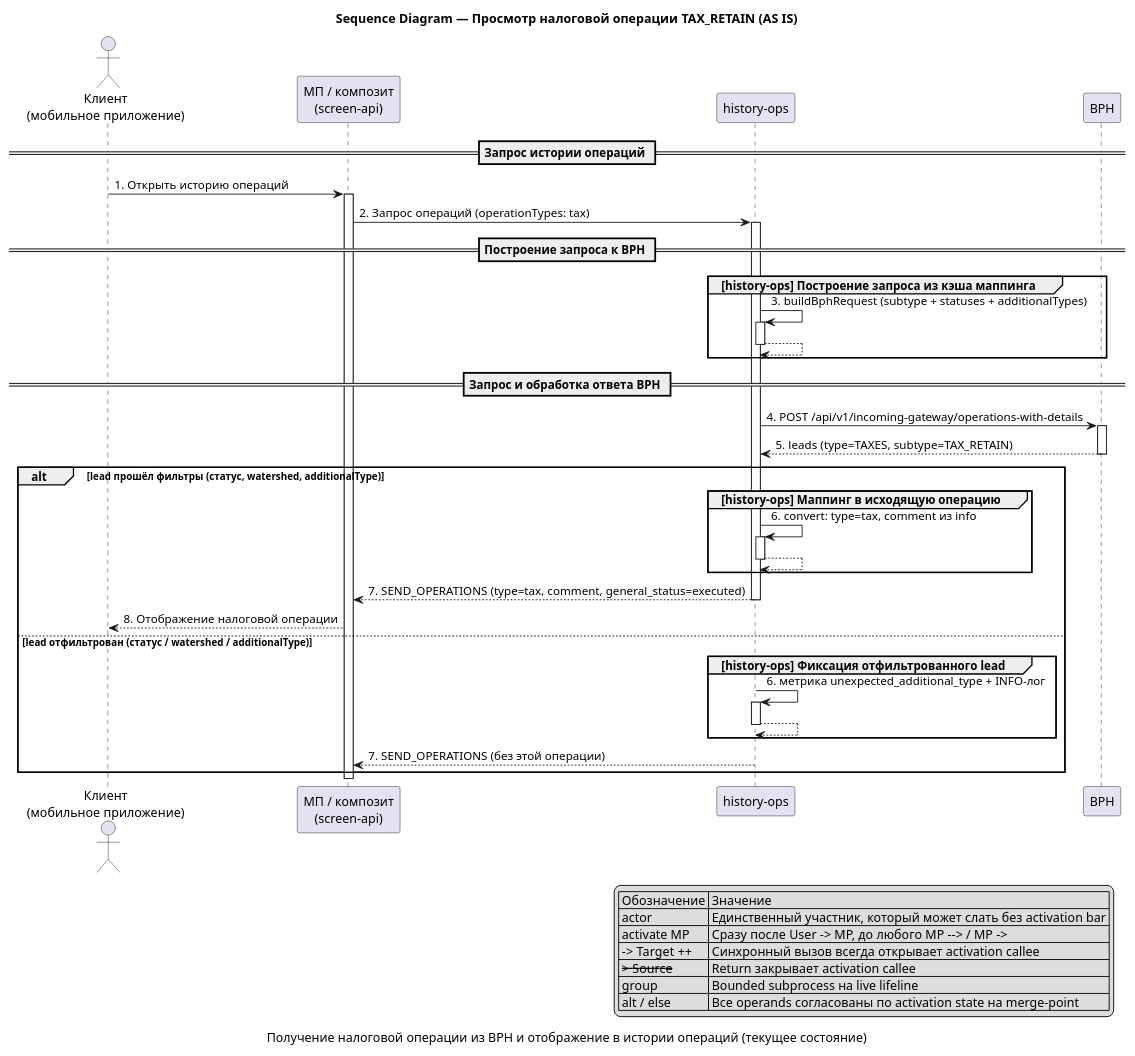
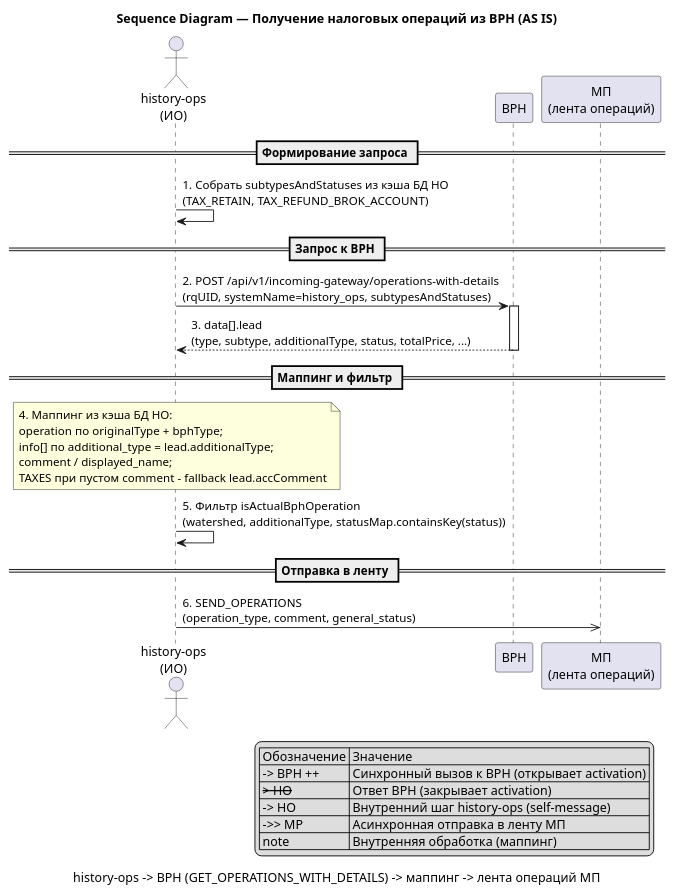
One commit to P4elo-hub/gigacode_analytics changed the first of 3 diagrams in Feature-writing/bph-moex-tax/bph-moex-tax.md. Above: the diagram before and after it, drawn with PlantUML. The commit also changed other lines of this file and 26 other files, not shown here.

````diff
--- a/Feature-writing/bph-moex-tax/bph-moex-tax.md
+++ b/Feature-writing/bph-moex-tax/bph-moex-tax.md
@@ -181,56 +181,43 @@
 ```plantuml
 @startuml
-title Sequence Diagram — Просмотр налоговой операции TAX_RETAIN (AS IS)
-caption Получение налоговой операции из BPH и отображение в истории операций (текущее состояние)
+title Sequence Diagram — Получение налоговых операций из BPH (AS IS)
+caption history-ops -> BPH (GET_OPERATIONS_WITH_DETAILS) -> маппинг -> лента операций МП
 
-actor "Клиент\n(мобильное приложение)" as User
-participant "МП / композит\n(screen-api)" as MP
-participant "history-ops" as HO
+actor "history-ops\n(ИО)" as HO
 participant "BPH" as BPH
+participant "МП\n(лента операций)" as MP
 
-== Запрос истории операций ==
+== Формирование запроса ==
 
-User -> MP: 1. Открыть историю операций
-activate MP
-MP -> HO ++: 2. Запрос операций (operationTypes: tax)
+HO -> HO: 1. Собрать subtypesAndStatuses из кэша БД HO\n(TAX_RETAIN, TAX_REFUND_BROK_ACCOUNT)
 
-== Построение запроса к BPH ==
+== Запрос к BPH ==
 
-group [history-ops] Построение запроса из кэша маппинга
-  HO -> HO ++: 3. buildBphRequest (subtype + statuses + additionalTypes)
-  return
-end
+HO -> BPH ++: 2. POST /api/v1/incoming-gateway/operations-with-details\n(rqUID, systemName=history_ops, subtypesAndStatuses)
+BPH --> HO --: 3. data[].lead\n(type, subtype, additionalType, status, totalPrice, ...)
 
-== Запрос и обработка ответа BPH ==
+== Маппинг и фильтр ==
 
-HO -> BPH ++: 4. POST /api/v1/incoming-gateway/operations-with-details
-BPH --> HO --: 5. leads (type=TAXES, subtype=TAX_RETAIN)
+note over HO
+  4. Маппинг из кэша БД HO:
+  operation по originalType + bphType;
+  info[] по additional_type = lead.additionalType;
+  comment / displayed_name;
+  TAXES при пустом comment - fallback lead.accComment
+end note
+HO -> HO: 5. Фильтр isActualBphOperation\n(watershed, additionalType, statusMap.containsKey(status))
 
-alt lead прошёл фильтры (статус, watershed, additionalType)
-  group [history-ops] Маппинг в исходящую операцию
-    HO -> HO ++: 6. convert: type=tax, comment из info
-    return
-  end
-  HO --> MP --: 7. SEND_OPERATIONS (type=tax, comment, general_status=executed)
-  MP --> User: 8. Отображение налоговой операции
-else lead отфильтрован (статус / watershed / additionalType)
-  group [history-ops] Фиксация отфильтрованного lead
-    HO -> HO ++: 6. метрика unexpected_additional_type + INFO-лог
-    return
-  end
-  HO --> MP --: 7. SEND_OPERATIONS (без этой операции)
-end
+== Отправка в ленту ==
 
-deactivate MP
+HO ->> MP: 6. SEND_OPERATIONS\n(operation_type, comment, general_status)
 
 legend right
   | Обозначение | Значение |
-  | actor | Единственный участник, который может слать без activation bar |
-  | activate MP | Сразу после User -> MP, до любого MP --> / MP -> |
-  | -> Target ++ | Синхронный вызов всегда открывает activation callee |
-  | --> Source -- | Return закрывает activation callee |
-  | group | Bounded subprocess на live lifeline |
-  | alt / else | Все operands согласованы по activation state на merge-point |
+  | -> BPH ++ | Синхронный вызов к BPH (открывает activation) |
+  | --> HO -- | Ответ BPH (закрывает activation) |
+  | -> HO | Внутренний шаг history-ops (self-message) |
+  | ->> MP | Асинхронная отправка в ленту МП |
+  | note | Внутренняя обработка (маппинг) |
 endlegend
 @enduml
 ```
````
